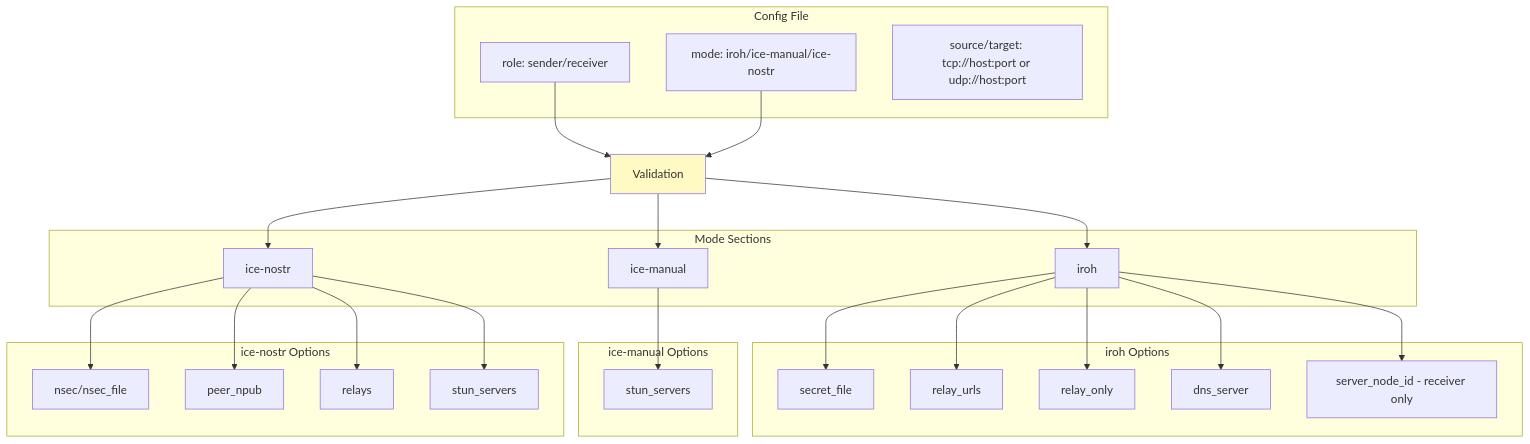
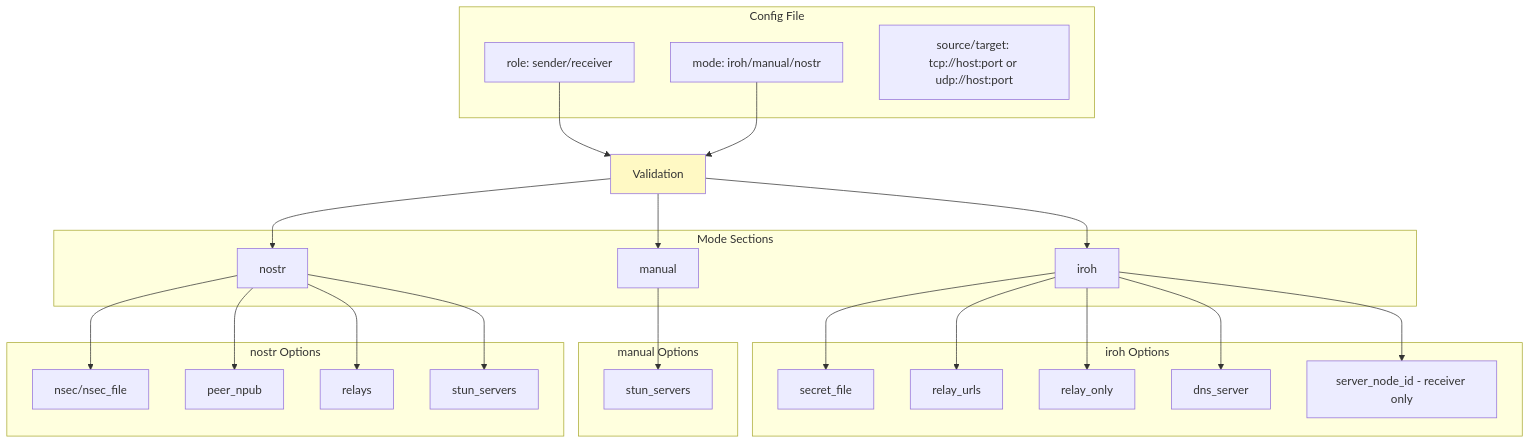
Before and after one commit to andrewtheguy/vpn-rs: diagram 22 of 35 in docs/ARCHITECTURE.md, drawn with Mermaid. The commit also changed other lines of this file and 8 other files, not shown here.

````diff
--- a/docs/ARCHITECTURE.md
+++ b/docs/ARCHITECTURE.md
@@ -929,53 +929,53 @@
 ```mermaid
 graph TB
     subgraph "Config File"
         A[role: sender/receiver]
-        B[mode: iroh/ice-manual/ice-nostr]
+        B[mode: iroh/manual/nostr]
         C[source/target: tcp://host:port or udp://host:port]
     end
 
     subgraph "Mode Sections"
         E[iroh]
-        G[ice-manual]
-        H[ice-nostr]
+        G[manual]
+        H[nostr]
     end
 
     subgraph "iroh Options"
         I[secret_file]
         J[relay_urls]
         K[relay_only]
         L[dns_server]
         M[server_node_id - receiver only]
     end
 
-    subgraph "ice-manual Options"
+    subgraph "manual Options"
         N[stun_servers]
     end
 
-    subgraph "ice-nostr Options"
+    subgraph "nostr Options"
         O[nsec/nsec_file]
         P[peer_npub]
         Q[relays]
         R[stun_servers]
     end
 
     A --> S[Validation]
     B --> S
     S --> E
     S --> G
     S --> H
 
     E --> I
     E --> J
     E --> K
     E --> L
     E --> M
 
     G --> N
     H --> O
     H --> P
     H --> Q
     H --> R
 
     style S fill:#FFF9C4
 ```
````
